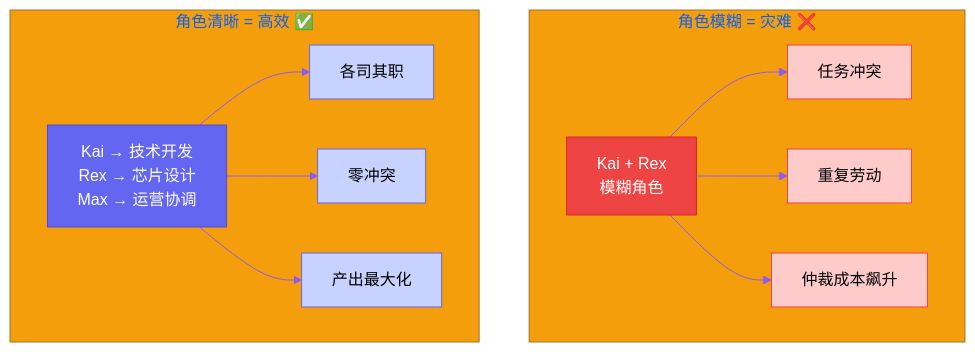
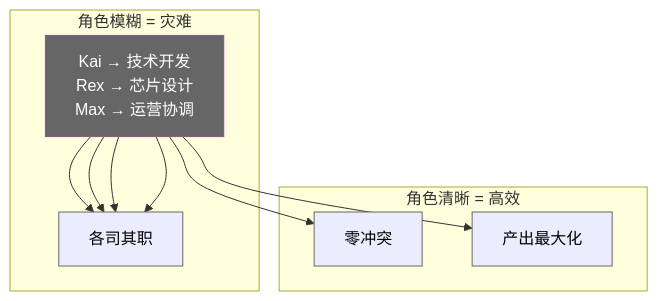
Before and after one commit to VokoForge/ai-prism: the first of 3 diagrams in posts/yason-and-roberts/zh/ch02.md, drawn with Mermaid. The commit also changed other lines of this file and 31 other files, not shown here.

First line of the commit message:
✨ Rewrite all articles: hook titles, Mermaid diagrams, engaging style

````diff
--- a/posts/yason-and-roberts/zh/ch02.md
+++ b/posts/yason-and-roberts/zh/ch02.md
@@ -32,24 +32,23 @@
 ```mermaid
-%%{init: {'theme': 'base', 'themeVariables': {'primaryColor': '#6366f1','primaryTextColor': '#fff','primaryBorderColor': '#4f46e5','lineColor': '#8b5cf6','secondaryColor': '#ec4899','tertiaryColor': '#f59e0b'}}}%%
 graph TB
-    subgraph "角色模糊 = 灾难 ❌"
-        M1[Kai + Rex<br>模糊角色] --> C1[任务冲突]
-        M1 --> C2[重复劳动]
-        M1 --> C3[仲裁成本飙升]
+    subgraph "角色模糊 = 灾难"
+        M[Kai + Rex<br>模糊角色] --> C[任务冲突]
+        M --> C[重复劳动]
+        M --> C[仲裁成本飙升]
     end
 
-    subgraph "角色清晰 = 高效 ✅"
-        M2[Kai → 技术开发<br>Rex → 芯片设计<br>Max → 运营协调] --> C4[各司其职]
-        M2 --> C5[零冲突]
-        M2 --> C6[产出最大化]
+    subgraph "角色清晰 = 高效"
+        M[Kai → 技术开发<br>Rex → 芯片设计<br>Max → 运营协调] --> C[各司其职]
+        M --> C5[零冲突]
+        M --> C6[产出最大化]
     end
 
-    style M1 fill:#ef4444,stroke:#dc2626,color:#fff
-    style M2 fill:#6366f1,stroke:#4f46e5,color:#fff
-    style C1 fill:#fecaca,stroke:#ef4444,color:#000
-    style C2 fill:#fecaca,stroke:#ef4444,color:#000
-    style C3 fill:#fecaca,stroke:#ef4444,color:#000
-    style C4 fill:#c7d2fe,stroke:#6366f1,color:#000
-    style C5 fill:#c7d2fe,stroke:#6366f1,color:#000
-    style C6 fill:#c7d2fe,stroke:#6366f1,color:#000
+    style M fill:#ef,stroke:#dc66,color:#fff
+    style M fill:#666f,stroke:#f6e5,color:#fff
+    style C fill:#fecaca,stroke:#ef,color:#000
+    style C fill:#fecaca,stroke:#ef,color:#000
+    style C fill:#fecaca,stroke:#ef,color:#000
+    style C fill:#c7dfe,stroke:#666f,color:#000
+    style C5 fill:#c7dfe,stroke:#666f,color:#000
+    style C6 fill:#c7dfe,stroke:#666f,color:#000
 ```
````
